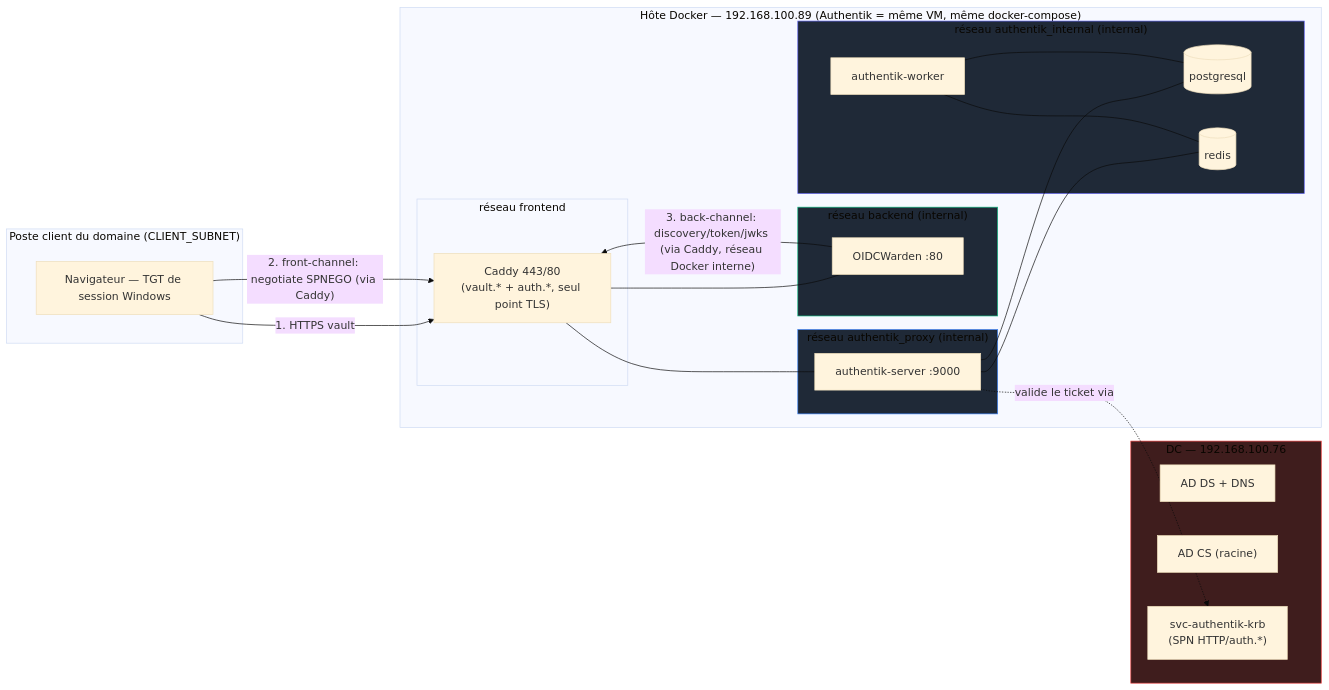
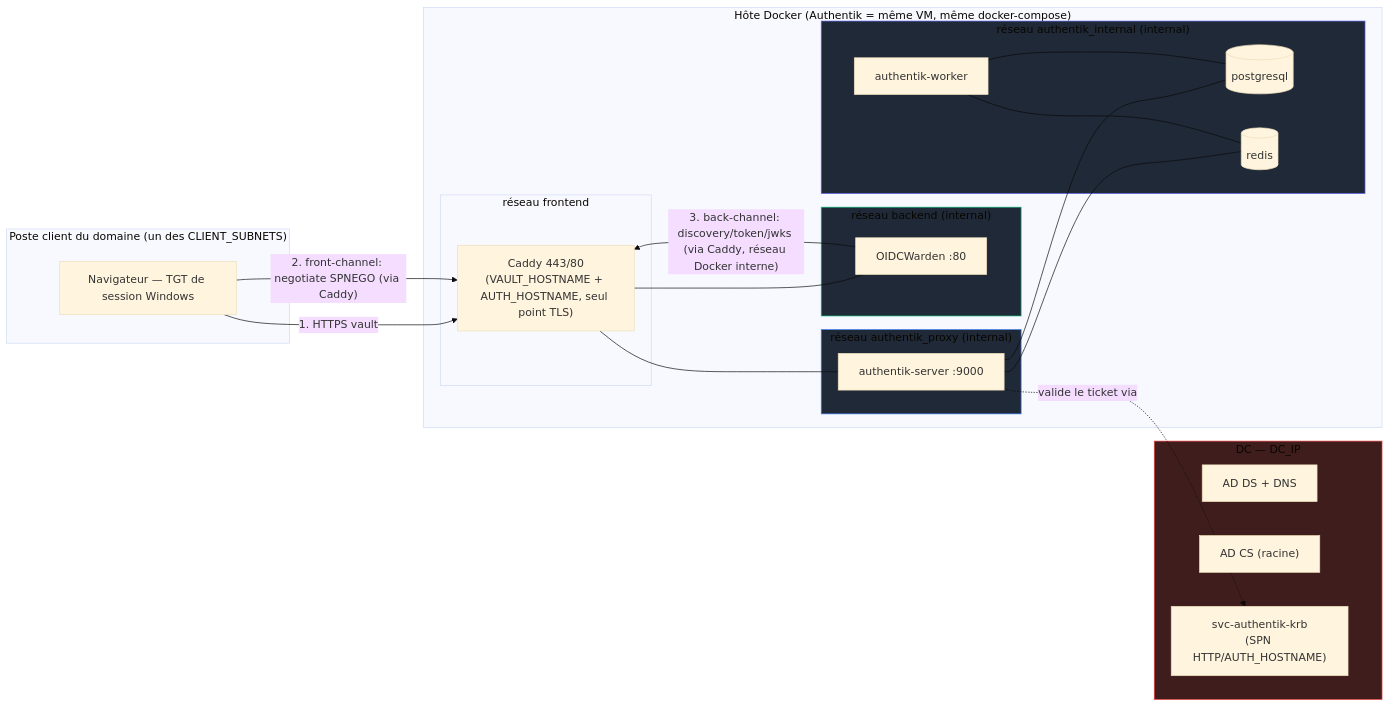
The first of 2 diagrams in docs/01_architecture.md (Phoenix0108/vaultwarden-stack-SSO), drawn with Mermaid (base theme) before and after one commit. The commit also changed other lines of this file and 22 other files, not shown here.

````diff
--- a/docs/01_architecture.md
+++ b/docs/01_architecture.md
@@ -5,45 +5,45 @@
 ```mermaid
 flowchart LR
-    subgraph Client["Poste client du domaine (CLIENT_SUBNET)"]
+    subgraph Client["Poste client du domaine (un des CLIENT_SUBNETS)"]
         BR[Navigateur — TGT de session Windows]
     end
 
-    subgraph DC["DC — 192.168.100.76"]
+    subgraph DC["DC — DC_IP"]
         AD["AD DS + DNS"]
         CA["AD CS (racine)"]
-        KRB["svc-authentik-krb\n(SPN HTTP/auth.*)"]
+        KRB["svc-authentik-krb\n(SPN HTTP/AUTH_HOSTNAME)"]
     end
 
-    subgraph DockerHost["Hôte Docker — 192.168.100.89 (Authentik = même VM, même docker-compose)"]
+    subgraph DockerHost["Hôte Docker (Authentik = même VM, même docker-compose)"]
         subgraph FE["réseau frontend"]
-            CADDY["Caddy 443/80\n(vault.* + auth.*, seul point TLS)"]
+            CADDY["Caddy 443/80\n(VAULT_HOSTNAME + AUTH_HOSTNAME, seul point TLS)"]
         end
         subgraph BE["réseau backend (internal)"]
             VW["OIDCWarden :80"]
         end
         subgraph APX["réseau authentik_proxy (internal)"]
             AKS["authentik-server :9000"]
         end
         subgraph AIN["réseau authentik_internal (internal)"]
             AKW["authentik-worker"]
             PG[("postgresql")]
             RD[("redis")]
         end
         CADDY --- VW
         CADDY --- AKS
         AKS --- PG
         AKS --- RD
         AKW --- PG
         AKW --- RD
     end
 
     BR -- "1. HTTPS vault" --> CADDY
     BR -- "2. front-channel: negotiate SPNEGO (via Caddy)" --> CADDY
     AKS -. "valide le ticket via" .-> KRB
     VW -- "3. back-channel: discovery/token/jwks (via Caddy, réseau Docker interne)" --> CADDY
 
     style BE fill:#1f2937,stroke:#10b981
     style APX fill:#1f2937,stroke:#3b82f6
     style AIN fill:#1f2937,stroke:#6366f1
     style DC fill:#3f1d1d,stroke:#ef4444
 ```
````
